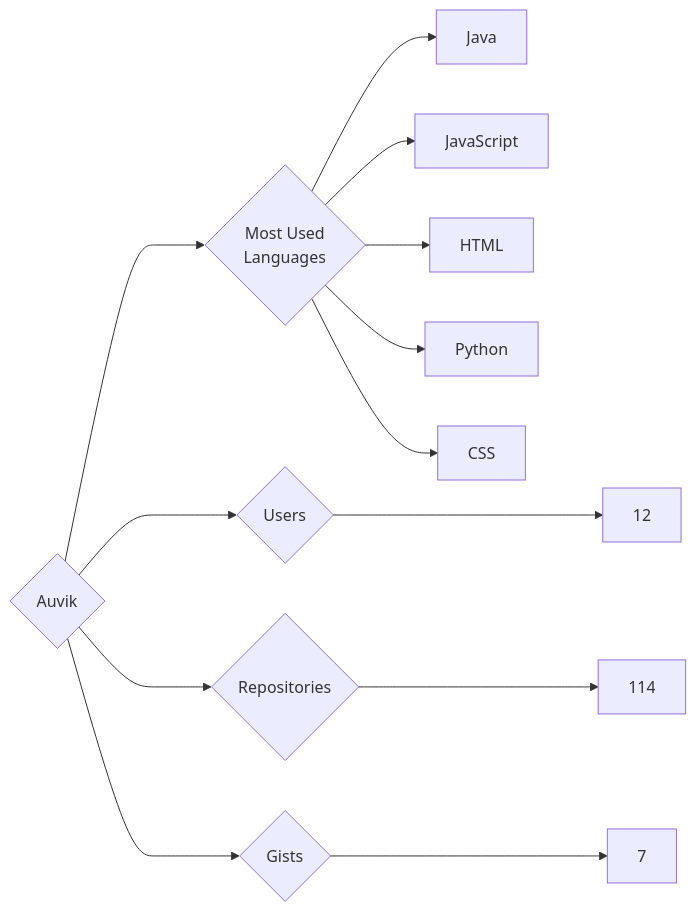
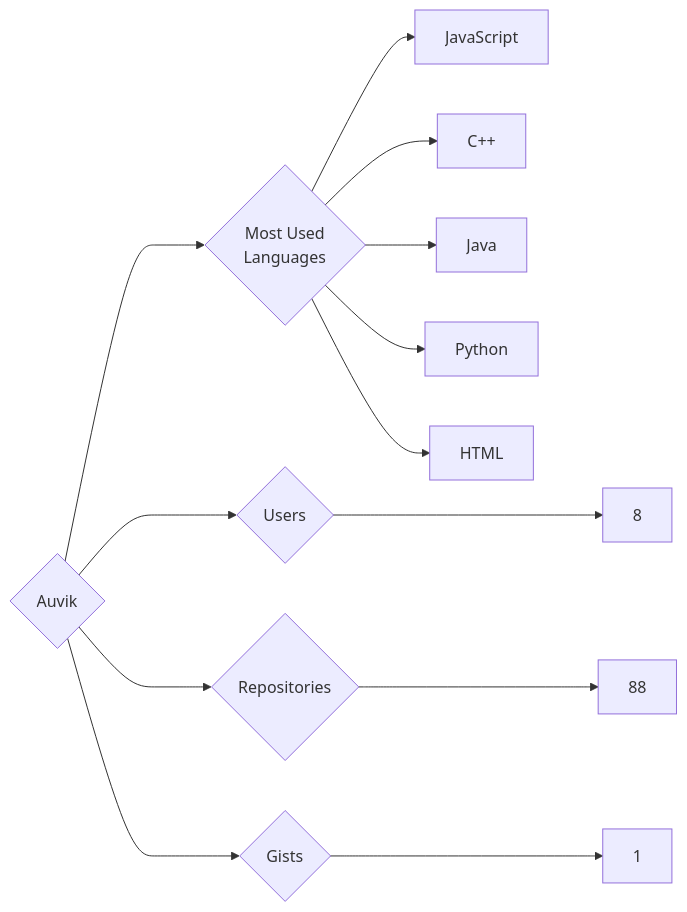
The diagram in targets/Auvik/README.md (trickest/insiders), drawn with Mermaid before and after one commit. The commit also changed 838 other files, not shown here.

````diff
--- a/targets/Auvik/README.md
+++ b/targets/Auvik/README.md
@@ -3,13 +3,13 @@
 ```mermaid
 graph LR
 COMPANY_NAME{Auvik}
-COMPANY_NAME ---> U{Users} ---> UN[12]
-COMPANY_NAME ---> R{Repositories} ---> RN[114]
-COMPANY_NAME ---> G{Gists} ---> GN[7]
+COMPANY_NAME ---> U{Users} ---> UN[8]
+COMPANY_NAME ---> R{Repositories} ---> RN[88]
+COMPANY_NAME ---> G{Gists} ---> GN[1]
 COMPANY_NAME ---> ML{Most Used<br>Languages}
+ML --> JavaScript[JavaScript]
+ML --> C++[C++]
 ML --> Java[Java]
-ML --> JavaScript[JavaScript]
+ML --> Python[Python]
 ML --> HTML[HTML]
-ML --> Python[Python]
-ML --> CSS[CSS]
 ```
````
